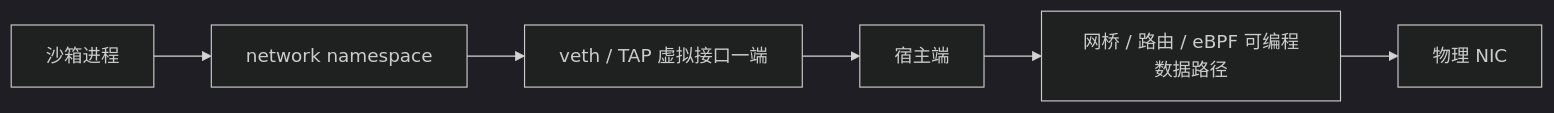
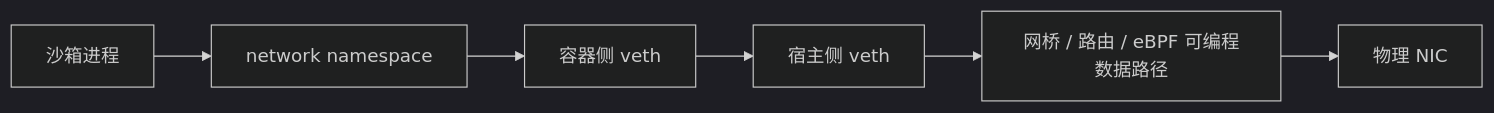
One commit to xizheyin/hft-book-rs changed the diagram in books/ai/src/runtime/virtual_network.md. Above: the diagram before and after it, drawn with Mermaid (dark theme). The commit also changed other lines of this file and 207 other files, not shown here.

````diff
--- a/books/ai/src/runtime/virtual_network.md
+++ b/books/ai/src/runtime/virtual_network.md
@@ -15,8 +13,8 @@
 ```mermaid
 flowchart LR
     P["沙箱进程"] --> NS["network namespace"]
-    NS --> V1["veth / TAP 虚拟接口一端"]
-    V1 --> V2["宿主端"]
+    NS --> V1["容器侧 veth"]
+    V1 --> V2["宿主侧 veth"]
     V2 --> R["网桥 / 路由 / eBPF 可编程数据路径"]
     R --> NIC["物理 NIC"]
 ```
````
